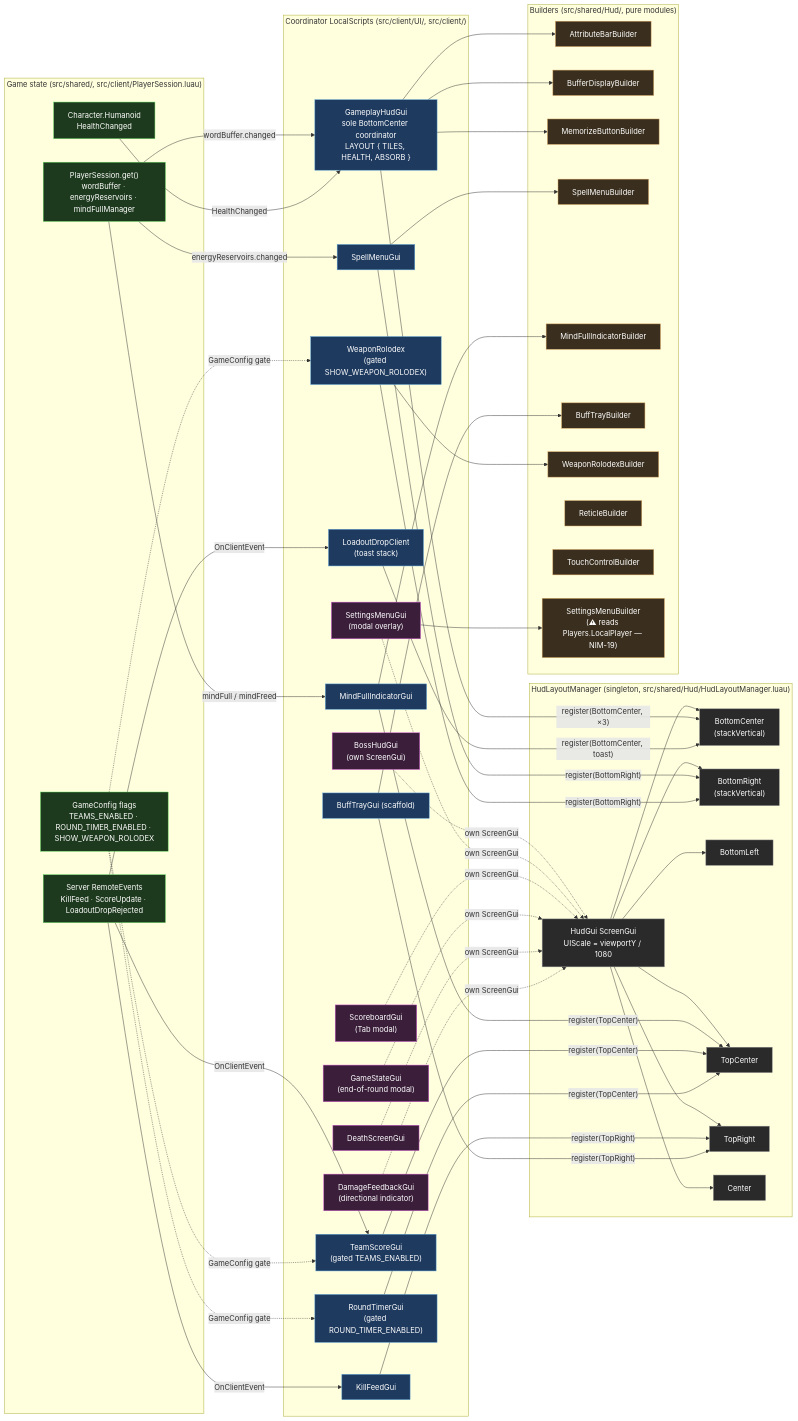
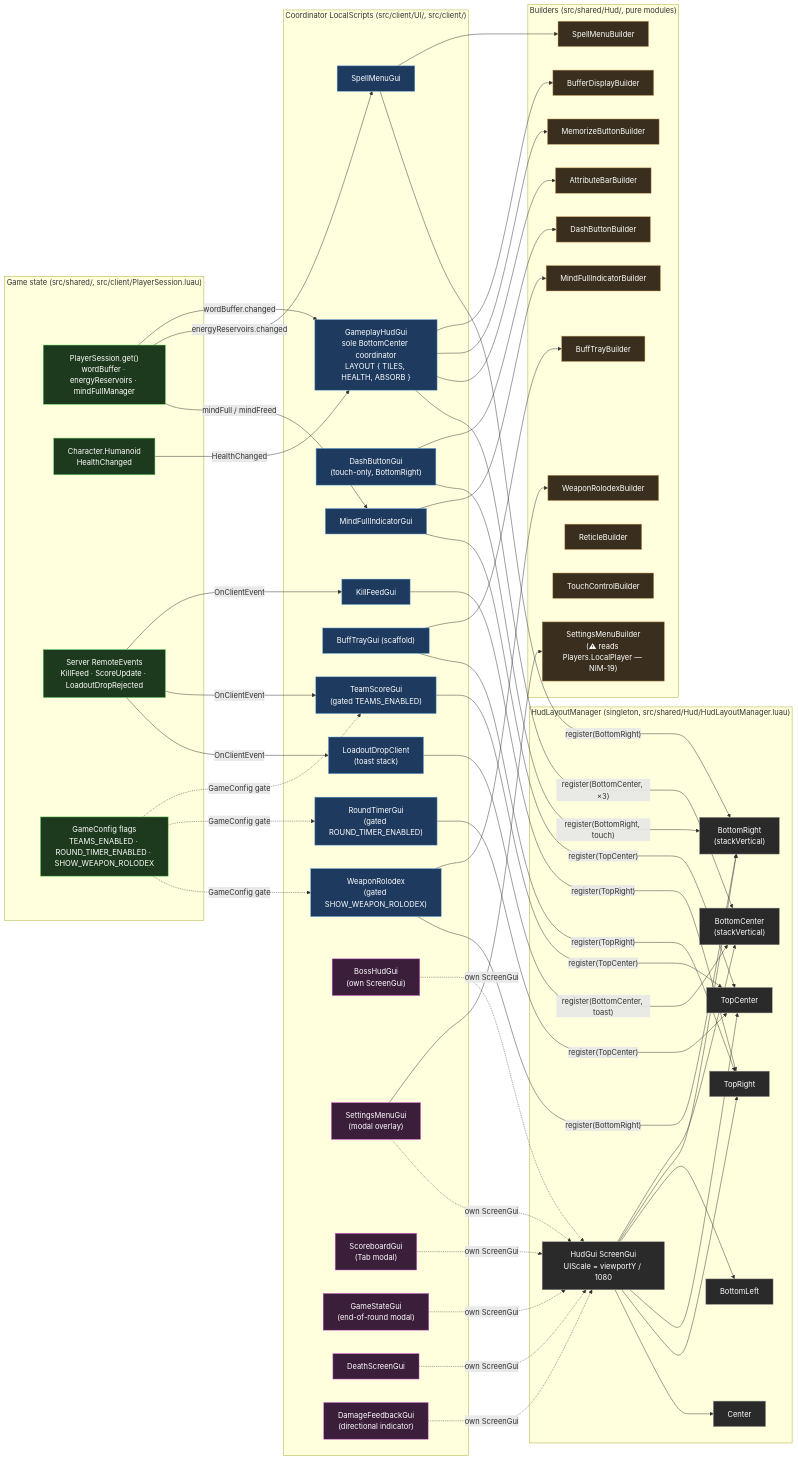
Before and after one commit to Lukizanda/brain-fighter: the diagram in wiki/systems/HUD.md, drawn with Mermaid. The commit also changed other lines of this file and 18 other files, not shown here.

```diff
--- a/wiki/systems/HUD.md
+++ b/wiki/systems/HUD.md
@@ -41,6 +41,7 @@
   subgraph COORD["Coordinator LocalScripts (src/client/UI/, src/client/)"]
     GHUD["GameplayHudGui<br/>sole BottomCenter coordinator<br/>LAYOUT { TILES, HEALTH, ABSORB }"]:::coord
     SMG["SpellMenuGui"]:::coord
+    DBG["DashButtonGui<br/>(touch-only, BottomRight)"]:::coord
     MFI["MindFullIndicatorGui"]:::coord
     KFG["KillFeedGui"]:::coord
     BTG["BuffTrayGui (scaffold)"]:::coord
@@ -62,6 +63,7 @@
     MBB["MemorizeButtonBuilder"]:::builder
     SMB["SpellMenuBuilder"]:::builder
     MFB["MindFullIndicatorBuilder"]:::builder
+    DBB["DashButtonBuilder"]:::builder
     BTB["BuffTrayBuilder"]:::builder
     WRB["WeaponRolodexBuilder"]:::builder
     RTB["ReticleBuilder"]:::builder
@@ -72,6 +74,7 @@
   %% --- coordinator → builder ---
   GHUD --> BDB & MBB & ABB
   SMG --> SMB
+  DBG --> DBB
   MFI --> MFB
   BTG --> BTB
   WRG --> WRB
@@ -86,6 +89,7 @@
   TSG -- "register(TopCenter)" --> TC
   RTG -- "register(TopCenter)" --> TC
   WRG -- "register(BottomRight)" --> BR
+  DBG -- "register(BottomRight, touch)" --> BR
   LDC -- "register(BottomCenter, toast)" --> BC
 
   %% --- modal / own-ScreenGui (bypass HudLayoutManager) ---
```
